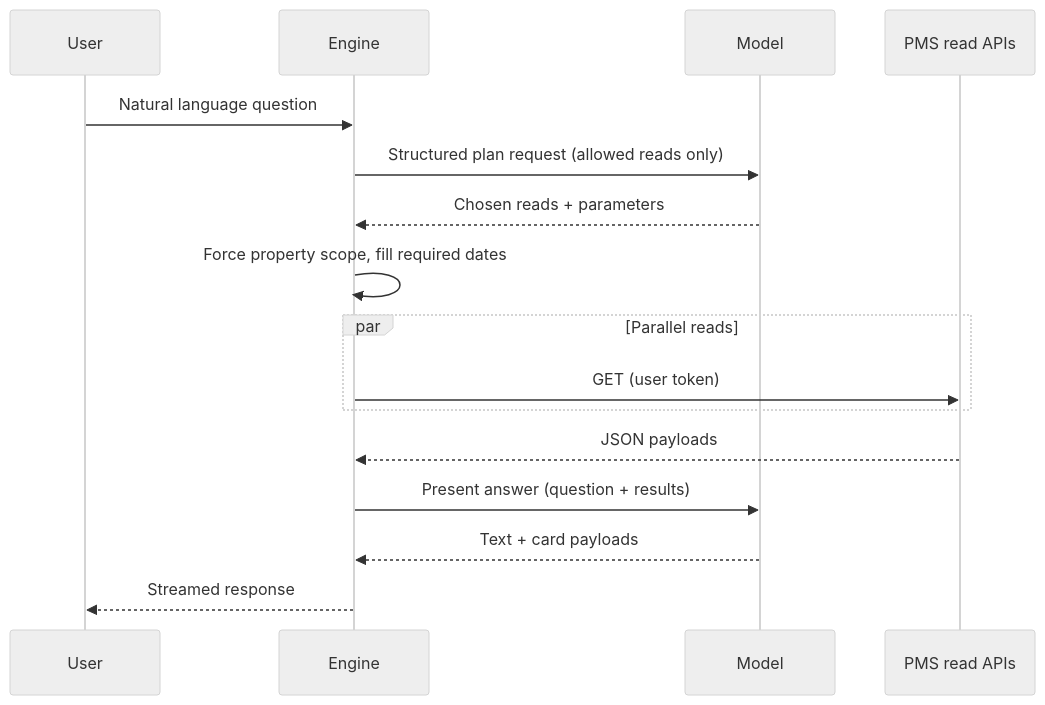
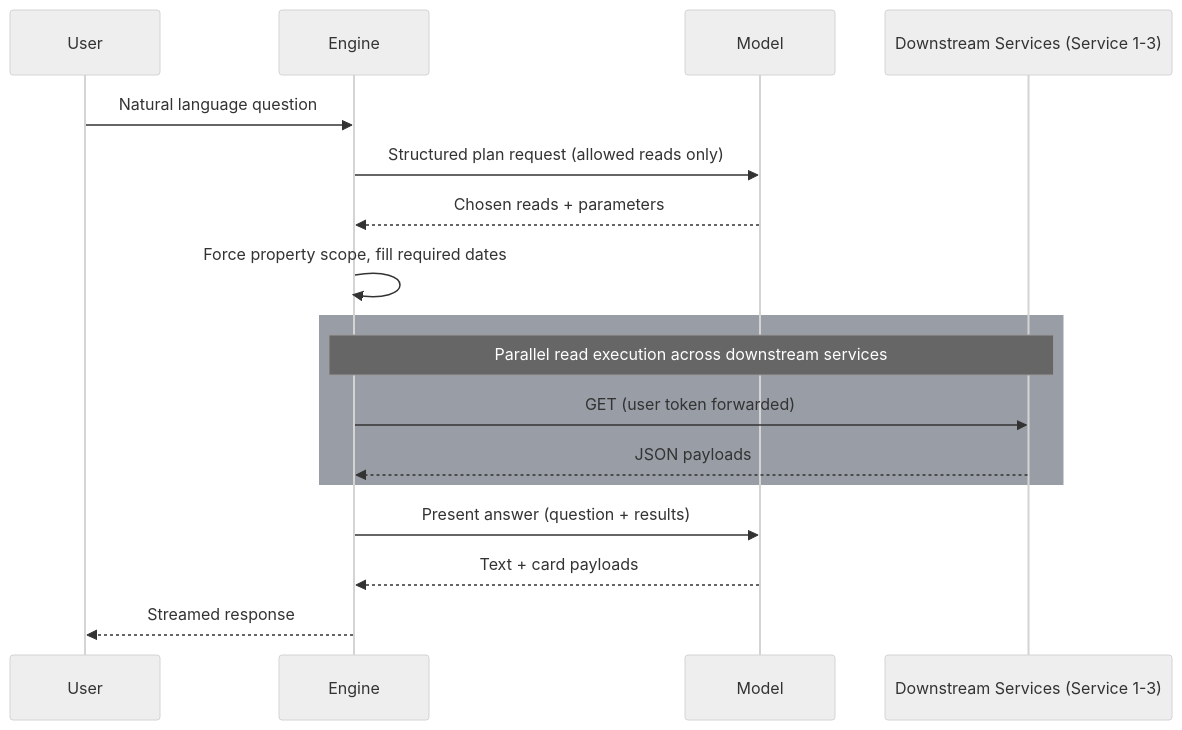
One commit to sahsisunny/Personal-Portfolio changed the third of 6 diagrams in content/blog/hotel-pms-ai-orchestrator.mdx. Above: the diagram before and after it, drawn with Mermaid (neutral theme). The commit also changed other lines of this file and 5 other files, not shown here.

Commit message:
refactor(content): anonymize internal service names to Service 1/2/3 and fix sequence diagram syntax

````diff
--- a/content/blog/hotel-pms-ai-orchestrator.mdx
+++ b/content/blog/hotel-pms-ai-orchestrator.mdx
@@ -105,19 +105,20 @@
 ```mermaid
 sequenceDiagram
   participant User
   participant Engine
   participant Model
-  participant APIs as PMS read APIs
+  participant Services as Downstream Services (Service 1-3)
 
   User->>Engine: Natural language question
   Engine->>Model: Structured plan request (allowed reads only)
   Model-->>Engine: Chosen reads + parameters
   Engine->>Engine: Force property scope, fill required dates
-  par Parallel reads
-    Engine->>APIs: GET (user token)
+  rect rgba(30, 41, 59, 0.45)
+    note over Engine,Services: Parallel read execution across downstream services
+    Engine->>Services: GET (user token forwarded)
+    Services-->>Engine: JSON payloads
   end
-  APIs-->>Engine: JSON payloads
   Engine->>Model: Present answer (question + results)
   Model-->>Engine: Text + card payloads
   Engine-->>User: Streamed response
 ```
````
